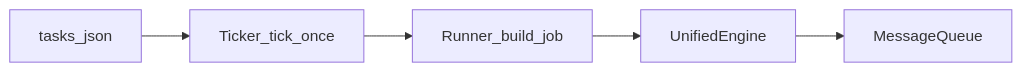
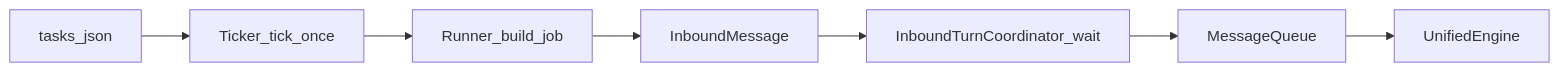
Before and after one commit to yingzhudashu/miniagent-python: the diagram in docs/ARCHITECTURE.md, drawn with Mermaid. The commit also changed other lines of this file and 289 other files, not shown here.

Commit message:
refactor: finalize architecture overhaul

````diff
--- a/docs/ARCHITECTURE.md
+++ b/docs/ARCHITECTURE.md
@@ -507,12 +539,14 @@
 ```mermaid
 flowchart LR
   tasksJson[tasks_json]
   ticker[Ticker_tick_once]
   runner[Runner_build_job]
   engineNode[UnifiedEngine]
   mq[MessageQueue]
   tasksJson --> ticker
   ticker --> runner
-  runner --> engineNode
-  engineNode --> mq
+  runner --> inbound[InboundMessage]
+  inbound --> coordinator[InboundTurnCoordinator_wait]
+  coordinator --> mq[MessageQueue]
+  mq --> engineNode[UnifiedEngine]
 ```
````
